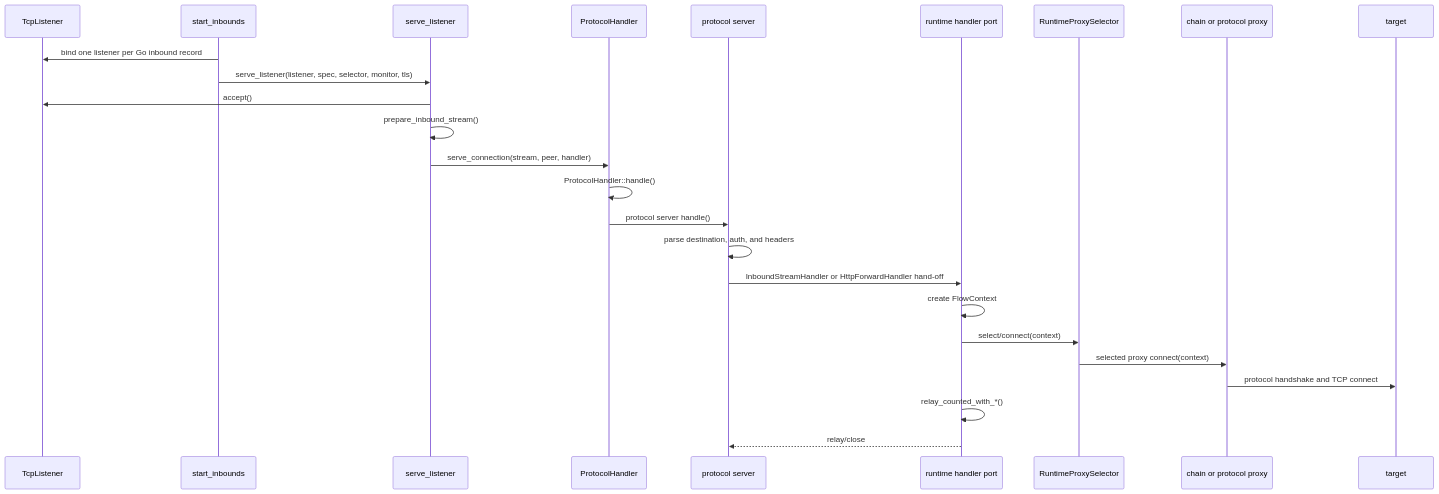
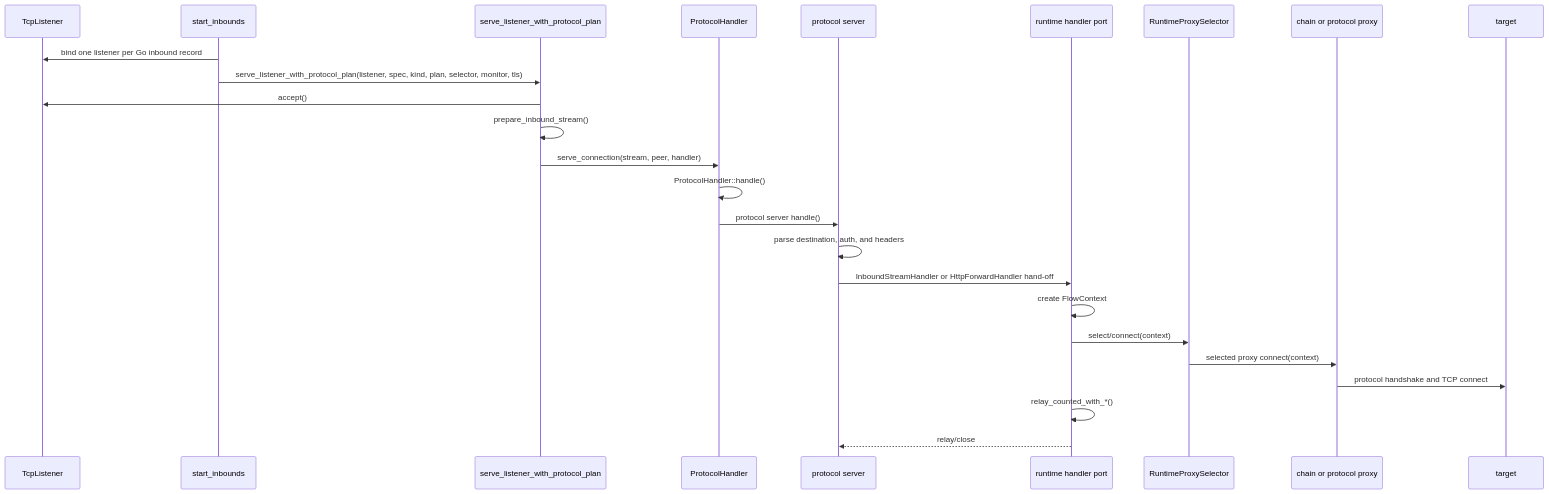
Before and after one commit to yuhaiin/doradus: the fifth of 11 diagrams in docs/ARCHITECTURE.md, drawn with Mermaid. The commit also changed other lines of this file and 11 other files, not shown here.

First line of the commit message:
Refactor inbound listener handling to incorporate protocol plans

```diff
--- a/docs/ARCHITECTURE.md
+++ b/docs/ARCHITECTURE.md
@@ -308,28 +337,28 @@
 ~~~mermaid
 sequenceDiagram
     participant L as TcpListener
     participant O as start_inbounds
-    participant S as serve_listener
+    participant S as serve_listener_with_protocol_plan
     participant H as ProtocolHandler
     participant P as protocol server
     participant IH as runtime handler port
     participant X as RuntimeProxySelector
     participant C as chain or protocol proxy
     participant T as target
 
     O->>L: bind one listener per Go inbound record
-    O->>S: serve_listener(listener, spec, selector, monitor, tls)
+    O->>S: serve_listener_with_protocol_plan(listener, spec, kind, plan, selector, monitor, tls)
     S->>L: accept()
     S->>S: prepare_inbound_stream()
     S->>H: serve_connection(stream, peer, handler)
     H->>H: ProtocolHandler::handle()
     H->>P: protocol server handle()
     P->>P: parse destination, auth, and headers
     P->>IH: InboundStreamHandler or HttpForwardHandler hand-off
     IH->>IH: create FlowContext
     IH->>X: select/connect(context)
     X->>C: selected proxy connect(context)
     C->>T: protocol handshake and TCP connect
     IH->>IH: relay_counted_with_*()
     IH-->>P: relay/close
 ~~~
```
